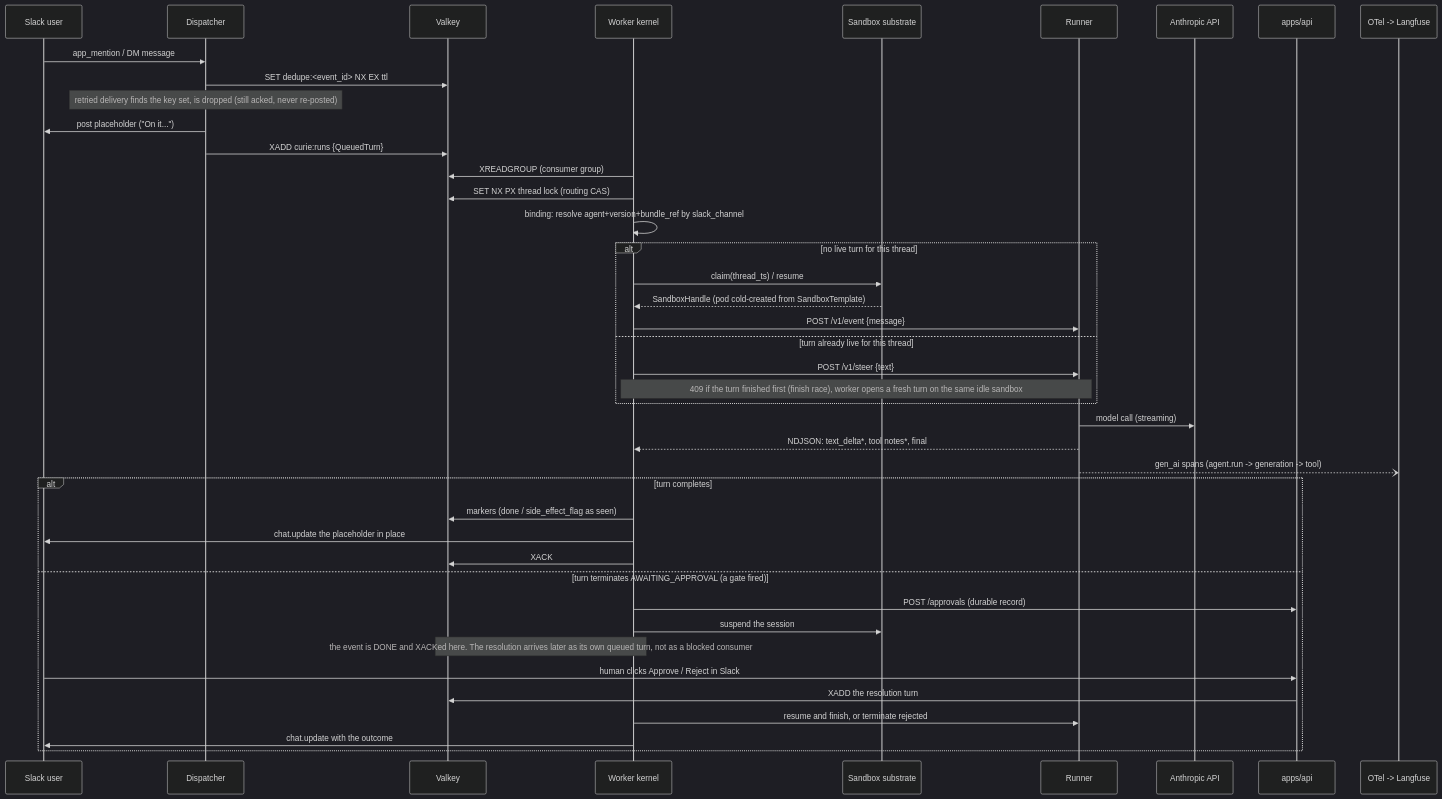
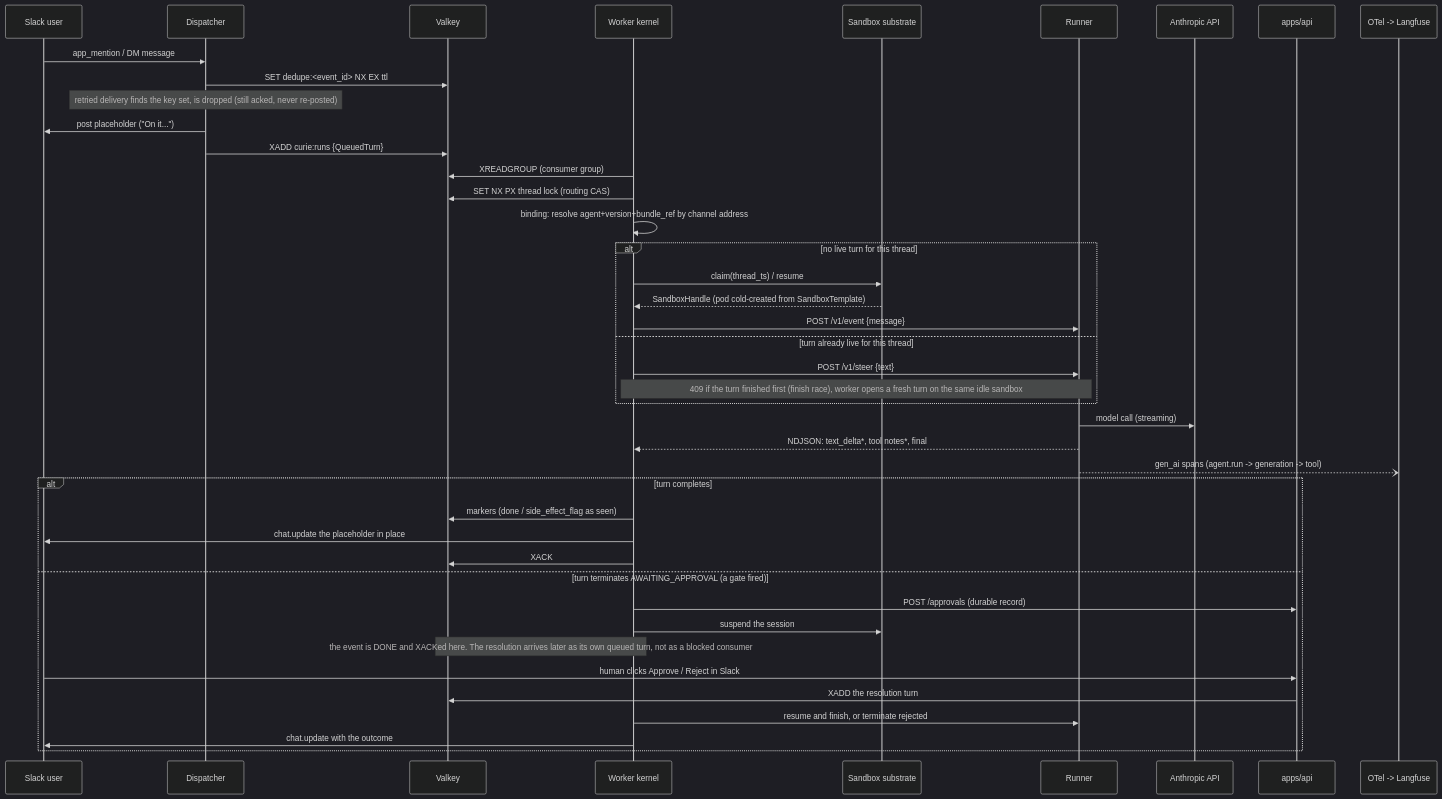
Before and after one commit to curie-eng/agentos: the second of 3 diagrams in ARCHITECTURE.md, drawn with Mermaid (dark theme). The commit also changed other lines of this file and 61 other files, not shown here.

First line of the commit message:
Bind agents through a channel-neutral agent_channels table

````diff
--- a/ARCHITECTURE.md
+++ b/ARCHITECTURE.md
@@ -167,48 +167,48 @@
 ```mermaid
 sequenceDiagram
     participant U as Slack user
     participant D as Dispatcher
     participant V as Valkey
     participant W as Worker kernel
     participant S as Sandbox substrate
     participant R as Runner
     participant A as Anthropic API
     participant P as apps/api
     participant O as OTel -> Langfuse
 
     U->>D: app_mention / DM message
     D->>V: SET dedupe:<event_id> NX EX ttl
     Note over D: retried delivery finds the key set, is dropped (still acked, never re-posted)
     D->>U: post placeholder ("On it...")
     D->>V: XADD curie:runs {QueuedTurn}
 
     W->>V: XREADGROUP (consumer group)
     W->>V: SET NX PX thread lock (routing CAS)
-    W->>W: binding: resolve agent+version+bundle_ref by slack_channel
+    W->>W: binding: resolve agent+version+bundle_ref by channel address
     alt no live turn for this thread
         W->>S: claim(thread_ts) / resume
         S-->>W: SandboxHandle (pod cold-created from SandboxTemplate)
         W->>R: POST /v1/event {message}
     else turn already live for this thread
         W->>R: POST /v1/steer {text}
         Note over W,R: 409 if the turn finished first (finish race), worker opens a fresh turn on the same idle sandbox
     end
 
     R->>A: model call (streaming)
     R-->>W: NDJSON: text_delta*, tool notes*, final
     R--)O: gen_ai spans (agent.run -> generation -> tool)
 
     alt turn completes
         W->>V: markers (done / side_effect_flag as seen)
         W->>U: chat.update the placeholder in place
         W->>V: XACK
     else turn terminates AWAITING_APPROVAL (a gate fired)
         W->>P: POST /approvals (durable record)
         W->>S: suspend the session
         Note over W,V: the event is DONE and XACKed here. The resolution arrives later as its own queued turn, not as a blocked consumer
         U->>P: human clicks Approve / Reject in Slack
         P->>V: XADD the resolution turn
         W->>R: resume and finish, or terminate rejected
         W->>U: chat.update with the outcome
     end
 ```
````
